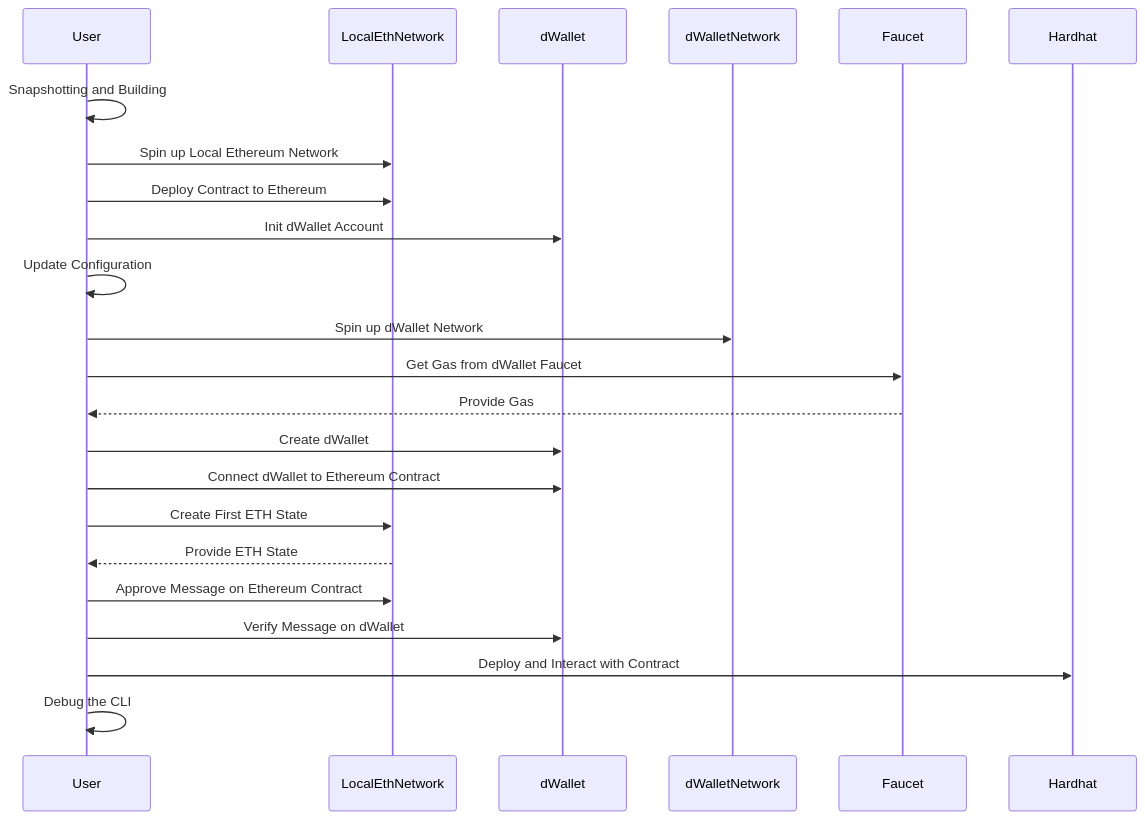
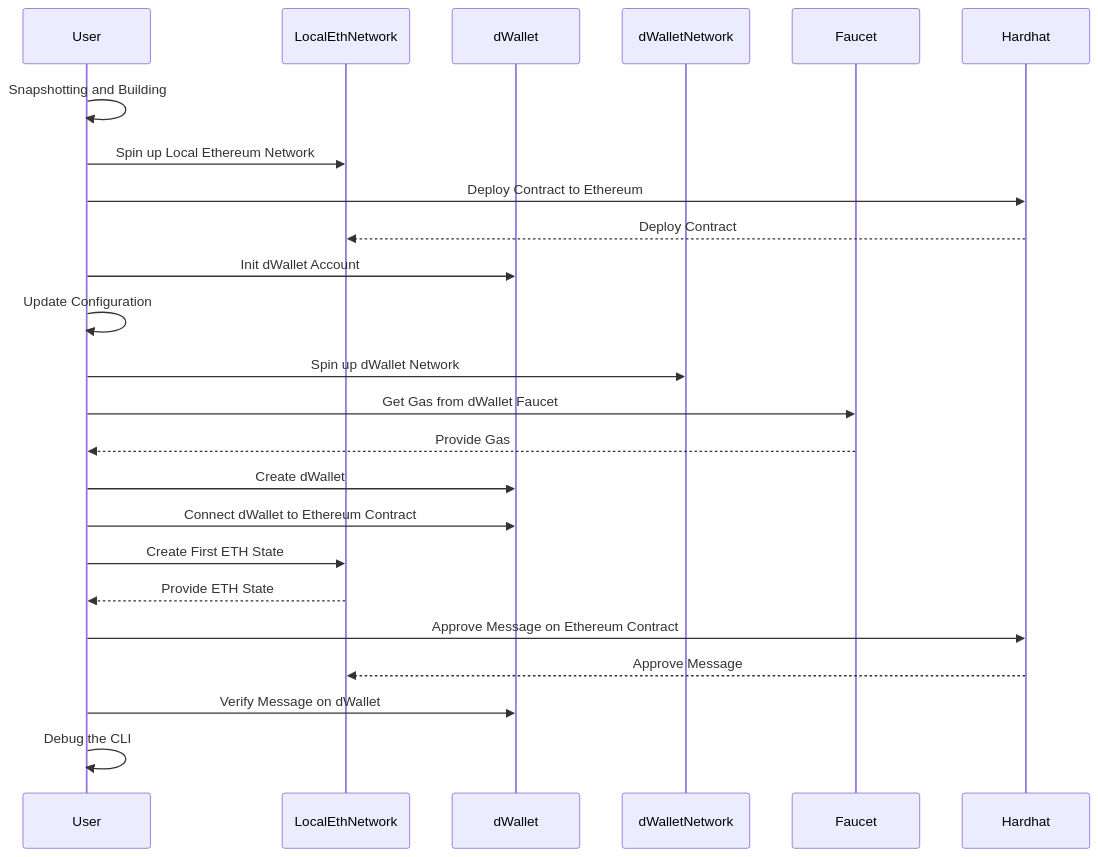
Before and after one commit to dwallet-labs/dwallet-network: the diagram in README_YUVAL.md, drawn with Mermaid.

Commit message:
add sequence diagram to README_YUVAL.md

````diff
--- a/README_YUVAL.md
+++ b/README_YUVAL.md
@@ -4,25 +4,26 @@
 ```mermaid
 sequenceDiagram
   participant User
   participant LocalEthNetwork
   participant dWallet
   participant dWalletNetwork
   participant Faucet
 
   User->>User: Snapshotting and Building
   User->>LocalEthNetwork: Spin up Local Ethereum Network
-  User->>LocalEthNetwork: Deploy Contract to Ethereum
+  User->>Hardhat: Deploy Contract to Ethereum
+  Hardhat-->>LocalEthNetwork: Deploy Contract
   User->>dWallet: Init dWallet Account
   User->>User: Update Configuration
   User->>dWalletNetwork: Spin up dWallet Network
   User->>Faucet: Get Gas from dWallet Faucet
   Faucet-->>User: Provide Gas
   User->>dWallet: Create dWallet
   User->>dWallet: Connect dWallet to Ethereum Contract
   User->>LocalEthNetwork: Create First ETH State
   LocalEthNetwork-->>User: Provide ETH State
-  User->>LocalEthNetwork: Approve Message on Ethereum Contract
+  User->>Hardhat: Approve Message on Ethereum Contract
+  Hardhat-->>LocalEthNetwork: Approve Message
   User->>dWallet: Verify Message on dWallet
-  User->>Hardhat: Deploy and Interact with Contract
   User->>User: Debug the CLI
 ```
````
